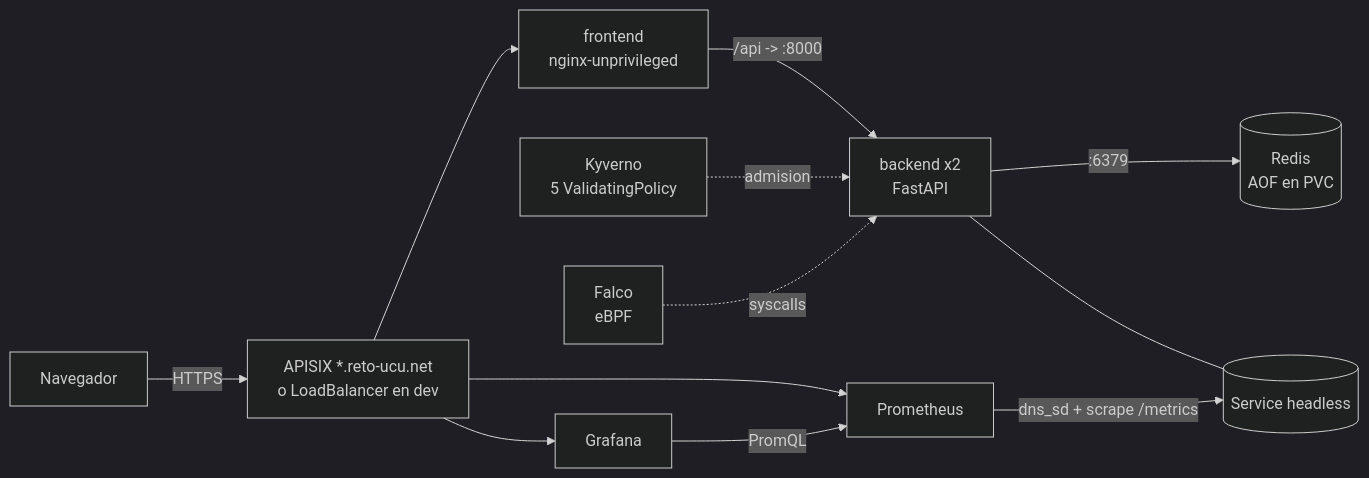
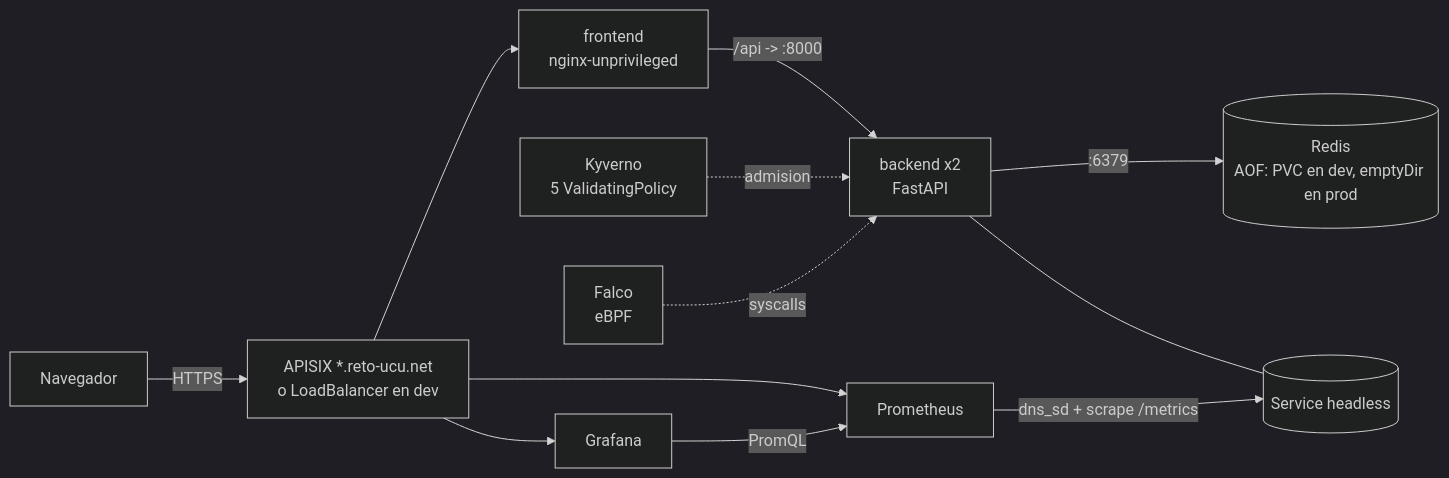
One commit to felicabrera/devops-entregable4 changed the diagram in README.md. Above: the diagram before and after it, drawn with Mermaid (dark theme). The commit also changed other lines of this file and 6 other files, not shown here.

````diff
--- a/README.md
+++ b/README.md
@@ -74,14 +74,14 @@
 ```mermaid
 flowchart LR
     U[Navegador] -->|HTTPS| R[APISIX *.reto-ucu.net<br/>o LoadBalancer en dev]
     R --> F[frontend<br/>nginx-unprivileged]
     R --> G[Grafana]
     R --> P[Prometheus]
     F -->|/api -> :8000| B[backend x2<br/>FastAPI]
-    B -->|:6379| RD[(Redis<br/>AOF en PVC)]
+    B -->|:6379| RD[(Redis<br/>AOF: PVC en dev, emptyDir en prod)]
     B --- H[(Service headless)]
     P -->|dns_sd + scrape /metrics| H
     G -->|PromQL| P
     K[Kyverno<br/>5 ValidatingPolicy] -. admision .-> B
     FA[Falco<br/>eBPF] -. syscalls .-> B
 ```
````
